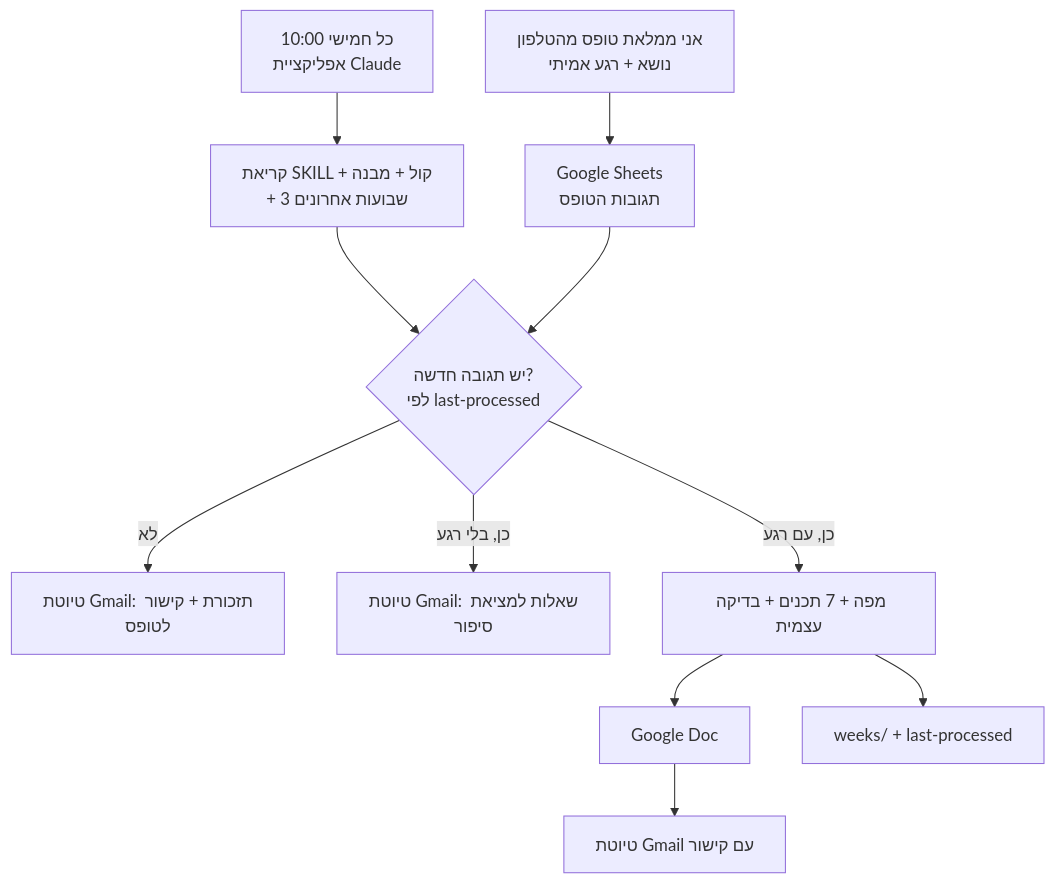
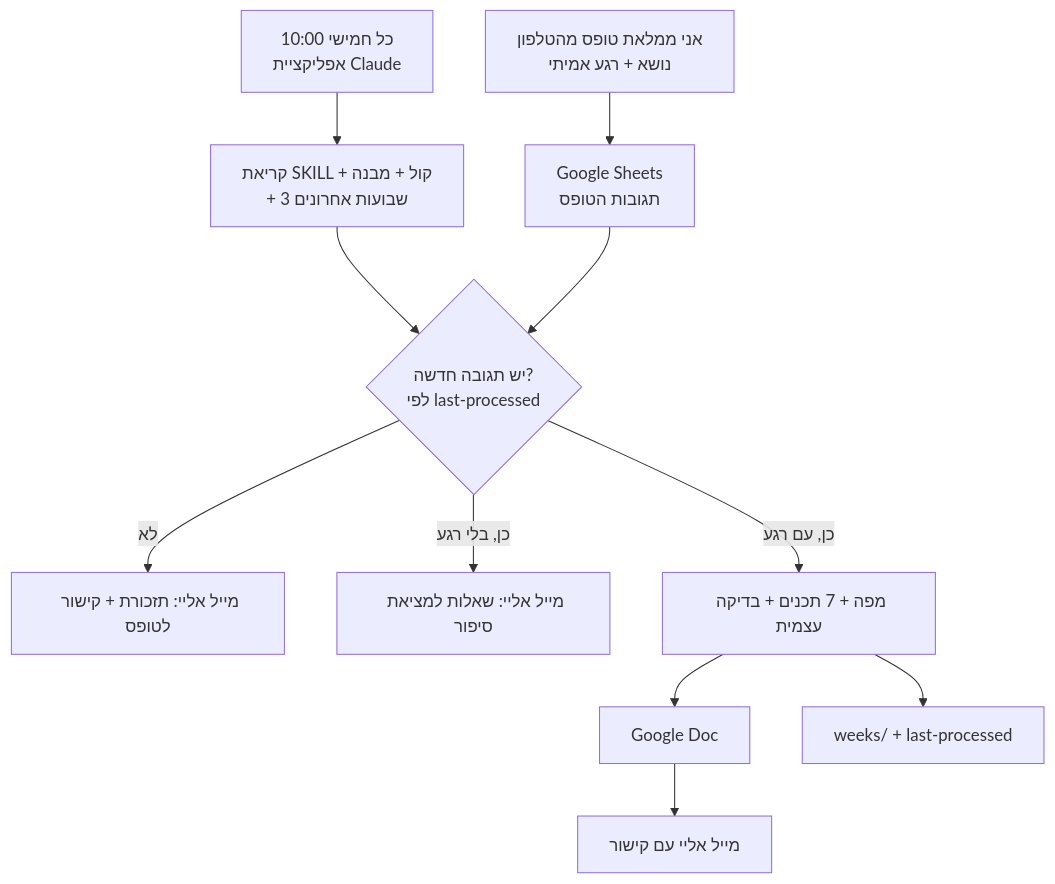
One commit to efrathattav-cloud/bocharot-beometz-agent changed the second of 3 diagrams in SPEC.md. Above: the diagram before and after it, drawn with Mermaid. The commit also changed other lines of this file and 2 other files, not shown here.

````diff
--- a/SPEC.md
+++ b/SPEC.md
@@ -255,13 +255,13 @@
 ```mermaid
 flowchart TD
     F[אני ממלאת טופס מהטלפון<br/>נושא + רגע אמיתי] --> SH[Google Sheets<br/>תגובות הטופס]
     T[כל חמישי 10:00<br/>אפליקציית Claude] --> R[קריאת SKILL + קול + מבנה<br/>+ 3 שבועות אחרונים]
     R --> N{יש תגובה חדשה?<br/>לפי last-processed}
     SH --> N
-    N -- לא --> D1[טיוטת Gmail: תזכורת + קישור לטופס]
-    N -- כן, בלי רגע --> D2[טיוטת Gmail: שאלות למציאת סיפור]
+    N -- לא --> D1[מייל אליי: תזכורת + קישור לטופס]
+    N -- כן, בלי רגע --> D2[מייל אליי: שאלות למציאת סיפור]
     N -- כן, עם רגע --> W[מפה + 7 תכנים + בדיקה עצמית]
     W --> DOC[Google Doc]
     W --> WK[weeks/ + last-processed]
-    DOC --> D3[טיוטת Gmail עם קישור]
+    DOC --> D3[מייל אליי עם קישור]
 ```
````
